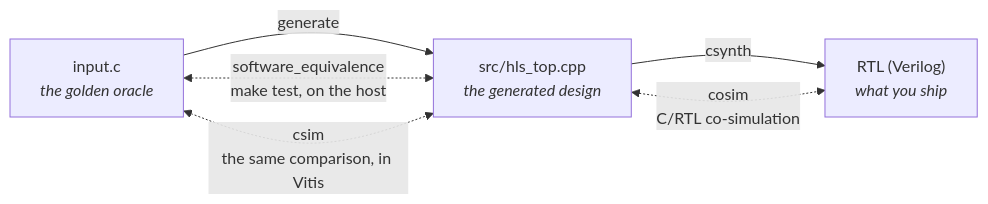
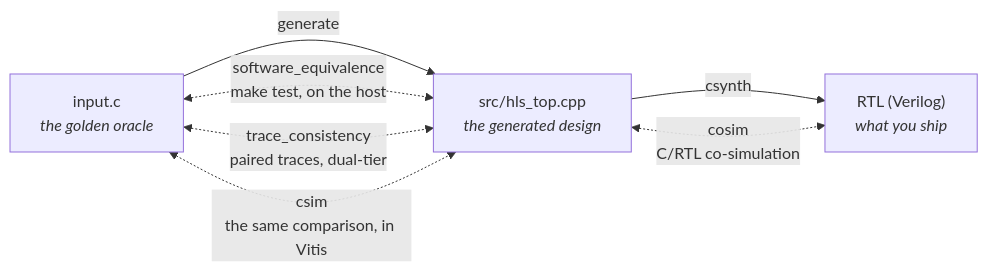
The second of 8 diagrams in docs/workflow_end_to_end.md (huluk98/c2hlsc-agent), drawn with Mermaid before and after one commit. The commit also changed other lines of this file and 25 other files, not shown here.

First line of the commit message:
Complete the shift-left tier: dual-tier gate, coverage loop, tool bootstrap

````diff
--- a/docs/workflow_end_to_end.md
+++ b/docs/workflow_end_to_end.md
@@ -326,8 +329,9 @@
 ```mermaid
 flowchart LR
     C["input.c<br/><i>the golden oracle</i>"] -- "generate" --> H["src/hls_top.cpp<br/><i>the generated design</i>"]
     H -- "csynth" --> R["RTL (Verilog)<br/><i>what you ship</i>"]
     C <-. "software_equivalence<br/>make test, on the host" .-> H
+    C <-. "trace_consistency<br/>paired traces, dual-tier" .-> H
     C <-. "csim<br/>the same comparison, in Vitis" .-> H
     H <-. "cosim<br/>C/RTL co-simulation" .-> R
 ```
````
